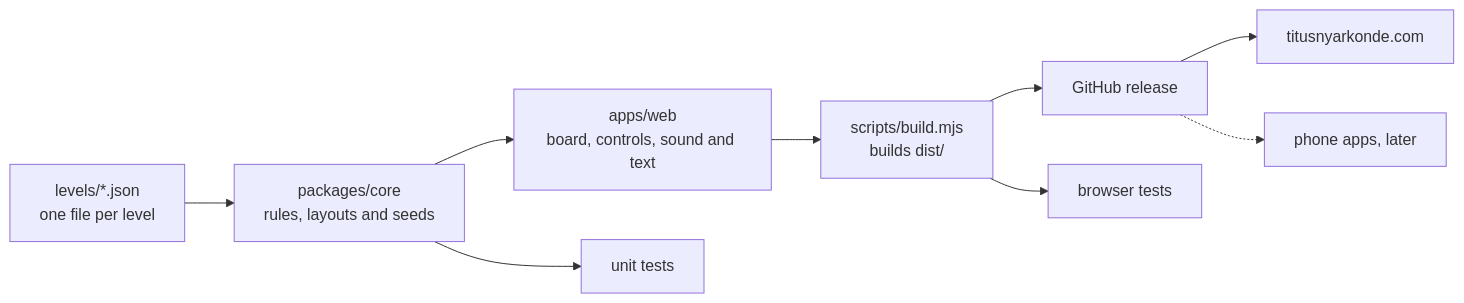
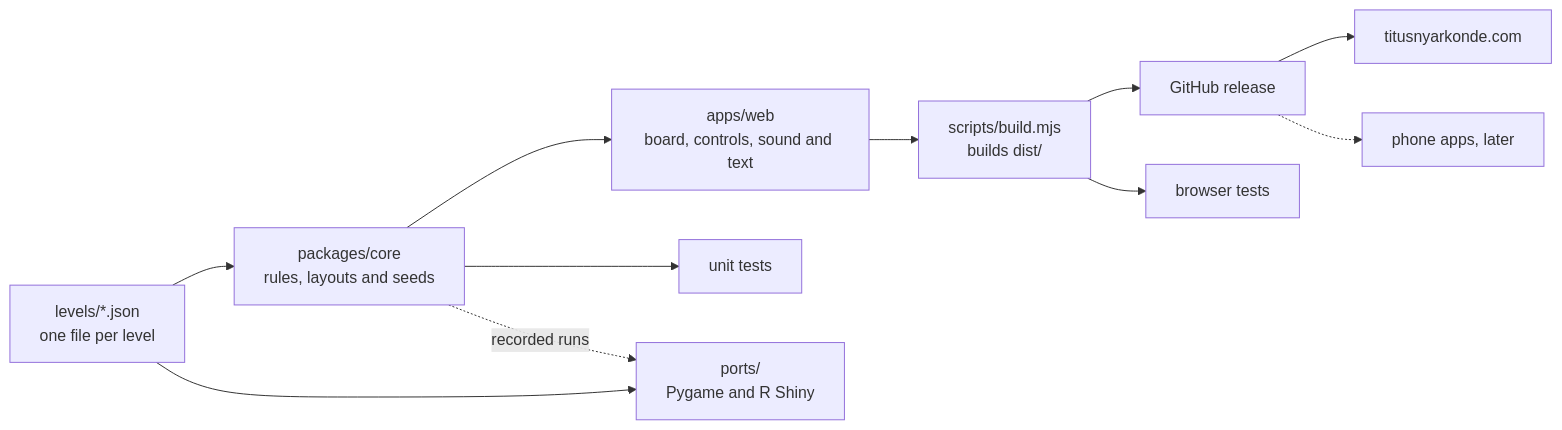
The diagram in README.md (Dr-Titus100/sankofa-snake), drawn with Mermaid before and after one commit. The commit also changed other lines of this file and 42 other files, not shown here.

First line of the commit message:
Add Pygame and R Shiny versions of the game

````diff
--- a/README.md
+++ b/README.md
@@ -56,11 +56,13 @@
 ```mermaid
 flowchart LR
   levels["levels/*.json<br/>one file per level"] --> core["packages/core<br/>rules, layouts and seeds"]
   core --> web["apps/web<br/>board, controls, sound and text"]
   web --> build["scripts/build.mjs<br/>builds dist/"]
   build --> release["GitHub release"]
   release --> site["titusnyarkonde.com"]
   release -.-> phones["phone apps, later"]
   core --> unit["unit tests"]
   build --> browser["browser tests"]
+  core -.->|"recorded runs"| ports["ports/<br/>Pygame and R Shiny"]
+  levels --> ports
 ```
````
